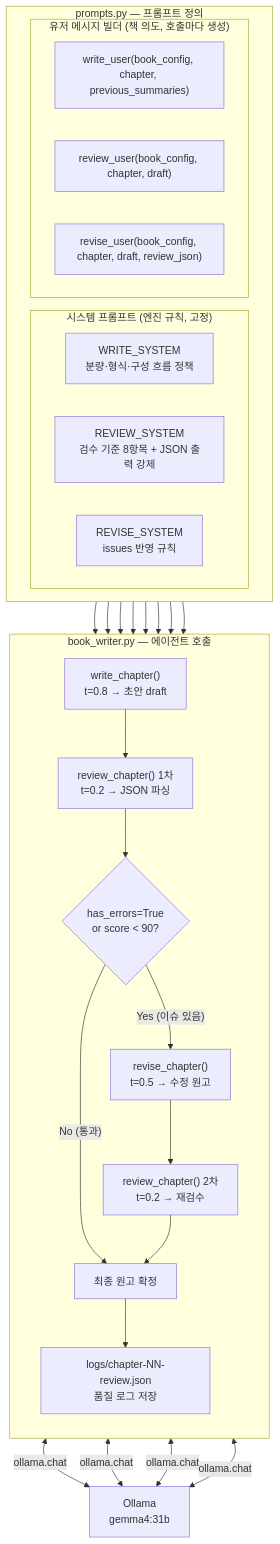
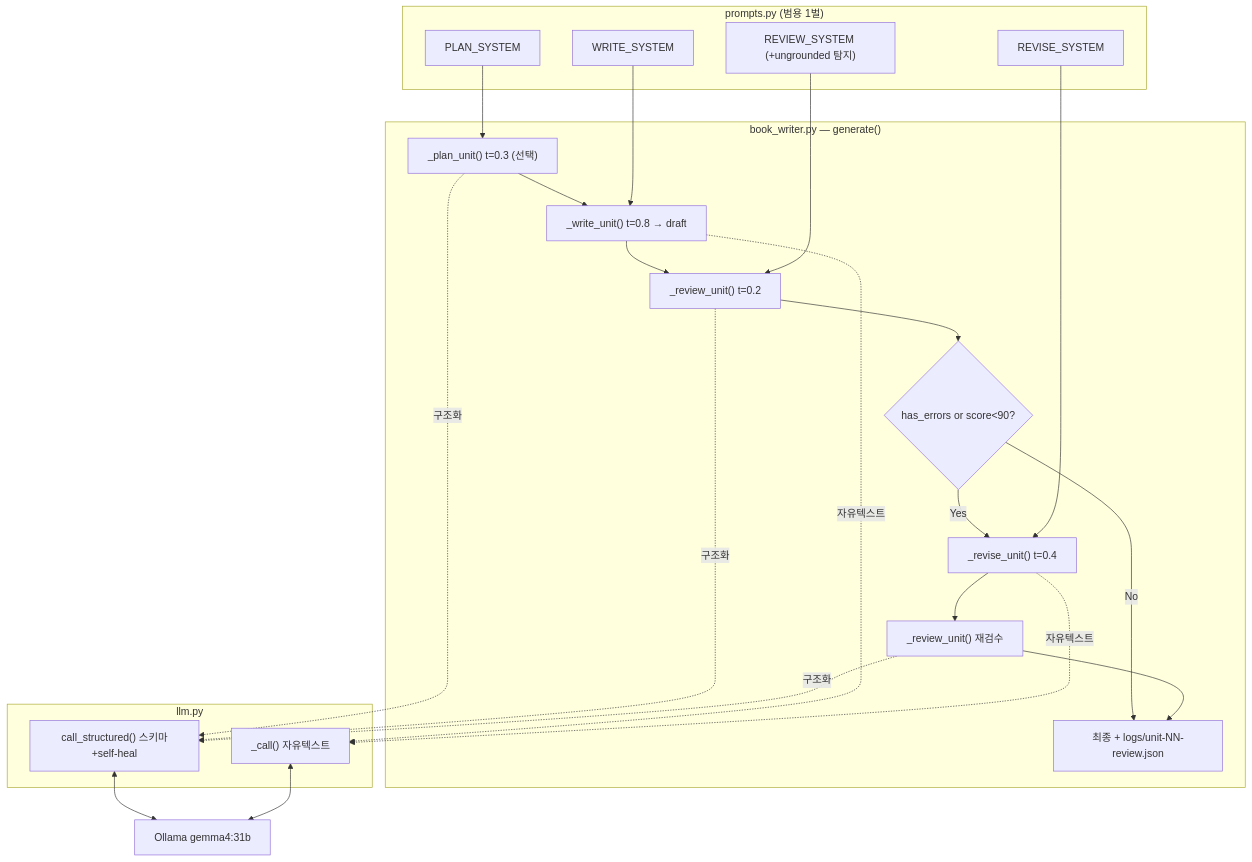
The second of 2 diagrams in ARCHITECTURE.md (sayoon01/ai-books), drawn with Mermaid before and after one commit. The commit also changed other lines of this file and 2 other files, not shown here.

````diff
--- a/ARCHITECTURE.md
+++ b/ARCHITECTURE.md
@@ -47,44 +97,32 @@
 ```mermaid
 flowchart TD
-    subgraph PROMPTS["prompts.py — 프롬프트 정의"]
-        direction LR
-        subgraph SYS["시스템 프롬프트 (엔진 규칙, 고정)"]
-            WS["WRITE_SYSTEM\n분량·형식·구성 흐름 정책"]
-            RS["REVIEW_SYSTEM\n검수 기준 8항목 + JSON 출력 강제"]
-            VS["REVISE_SYSTEM\nissues 반영 규칙"]
-        end
-        subgraph USR["유저 메시지 빌더 (책 의도, 호출마다 생성)"]
-            WU["write_user(book_config, chapter, previous_summaries)"]
-            RU["review_user(book_config, chapter, draft)"]
-            VU["revise_user(book_config, chapter, draft, review_json)"]
-        end
+    subgraph PROMPTS["prompts.py (범용 1벌)"]
+        WS["WRITE_SYSTEM"]
+        RS["REVIEW_SYSTEM (+ungrounded 탐지)"]
+        VS["REVISE_SYSTEM"]
+        PS["PLAN_SYSTEM"]
+    end
+    subgraph BW["book_writer.py — generate()"]
+        PL["_plan_unit() t=0.3 (선택)"]
+        WC["_write_unit() t=0.8 → draft"]
+        RC1["_review_unit() t=0.2"]
+        DEC{"has_errors or score<90?"}
+        VC["_revise_unit() t=0.4"]
+        RC2["_review_unit() 재검수"]
+        FINAL["최종 + logs/unit-NN-review.json"]
+    end
+    subgraph LLM["llm.py"]
+        CALL["_call() 자유텍스트"]
+        STRUCT["call_structured() 스키마+self-heal"]
     end
 
-    subgraph BW["book_writer.py — 에이전트 호출"]
-        direction TB
-        WC["write_chapter()\nt=0.8 → 초안 draft"]
-        RC1["review_chapter() 1차\nt=0.2 → JSON 파싱"]
-        DEC{"has_errors=True\nor score < 90?"}
-        VC["revise_chapter()\nt=0.5 → 수정 원고"]
-        RC2["review_chapter() 2차\nt=0.2 → 재검수"]
-        FINAL["최종 원고 확정"]
-        QLOG["logs/chapter-NN-review.json\n품질 로그 저장"]
-    end
-
-    OLLAMA["Ollama\ngemma4:31b"]
-
-    WS & WU --> WC
-    RS & RU --> RC1
-    VS & VU --> VC
-    RS & RU --> RC2
-
-    WC <-->|ollama.chat| OLLAMA
-    RC1 <-->|ollama.chat| OLLAMA
-    VC <-->|ollama.chat| OLLAMA
-    RC2 <-->|ollama.chat| OLLAMA
-
-    WC --> RC1 --> DEC
-    DEC -- "No (통과)" --> FINAL
-    DEC -- "Yes (이슈 있음)" --> VC --> RC2 --> FINAL
-    FINAL --> QLOG
+    PS --> PL --> WC
+    WS --> WC --> RC1 --> DEC
+    RS --> RC1
+    DEC -- No --> FINAL
+    DEC -- Yes --> VC --> RC2 --> FINAL
+    VS --> VC
+    PL & RC1 & RC2 -.->|구조화| STRUCT
+    WC & VC -.->|자유텍스트| CALL
+    STRUCT & CALL <--> OLLAMA["Ollama gemma4:31b"]
 ```
````
